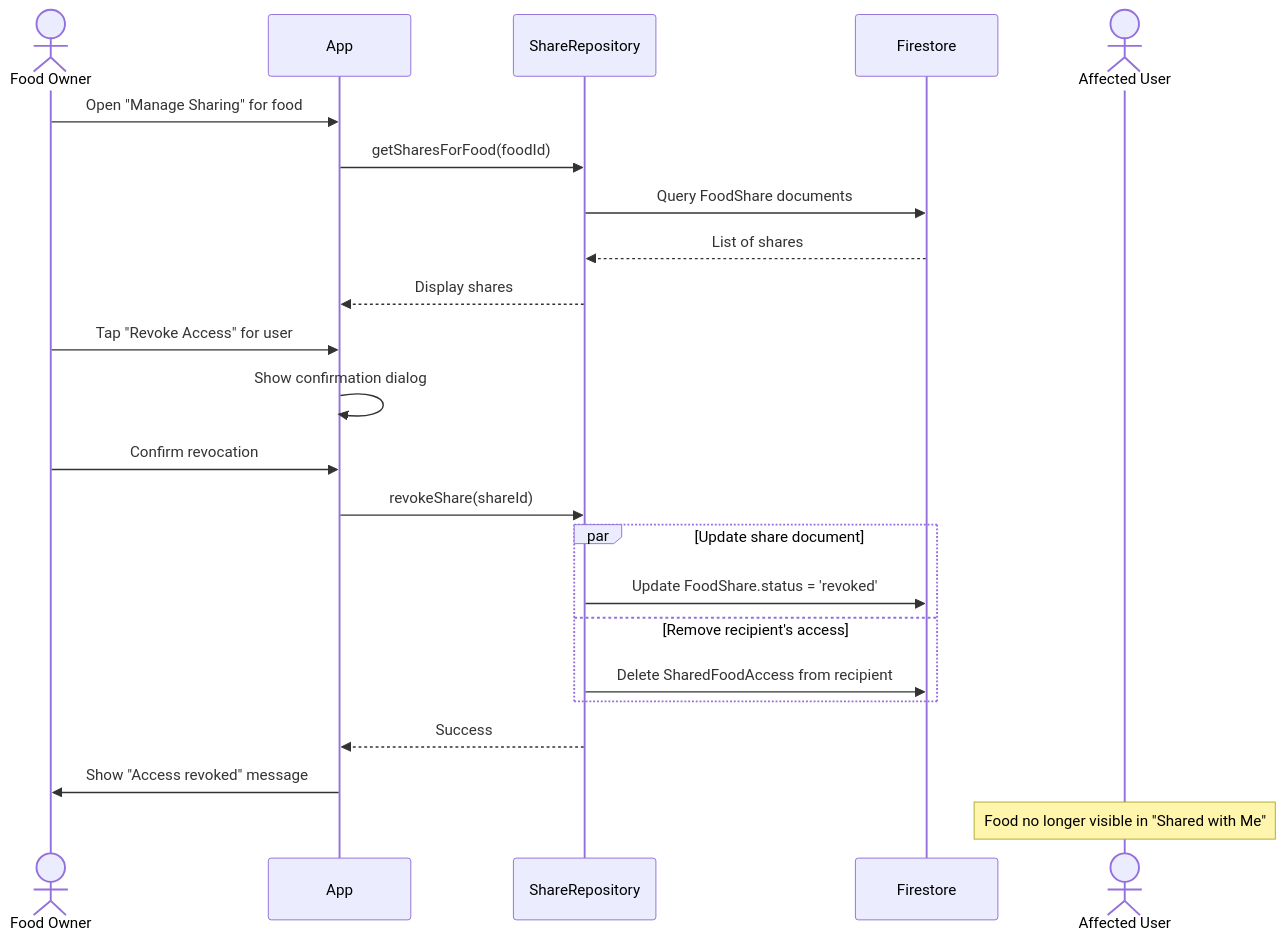
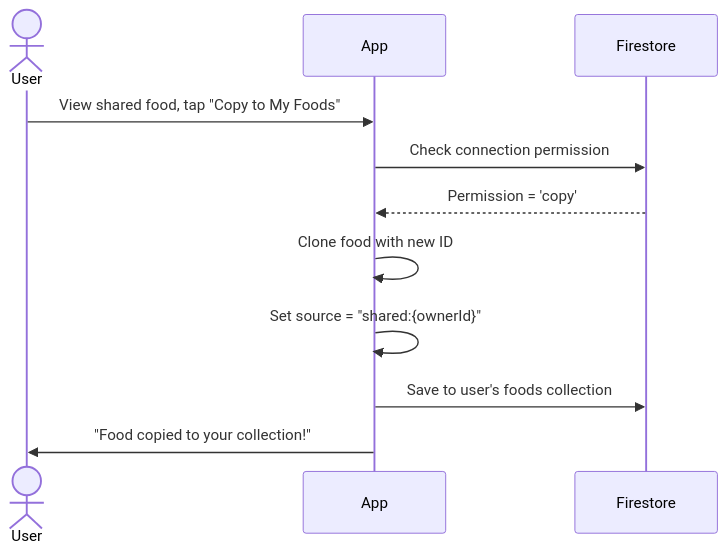
One commit to TimothyYao/meal-planning changed the fourth of 4 diagrams in doc/food-sharing-design.md. Above: the diagram before and after it, drawn with Mermaid. The commit also changed other lines of this file and 4 other files, not shown here.

First line of the commit message:
Simplify food sharing design to share entire food library

````diff
--- a/doc/food-sharing-design.md
+++ b/doc/food-sharing-design.md
@@ -478,31 +353,17 @@
 ```mermaid
 sequenceDiagram
-    actor Owner as Food Owner
+    actor User as User
     participant App as App
-    participant ShareRepo as ShareRepository
     participant FS as Firestore
-    actor Recipient as Affected User
+
+    User->>App: View shared food, tap "Copy to My Foods"
     
-    Owner->>App: Open "Manage Sharing" for food
-    App->>ShareRepo: getSharesForFood(foodId)
-    ShareRepo->>FS: Query FoodShare documents
-    FS-->>ShareRepo: List of shares
-    ShareRepo-->>App: Display shares
+    App->>FS: Check connection permission
+    FS-->>App: Permission = 'copy'
     
-    Owner->>App: Tap "Revoke Access" for user
-    App->>App: Show confirmation dialog
-    Owner->>App: Confirm revocation
+    App->>App: Clone food with new ID
+    App->>App: Set source = "shared:{ownerId}"
+    App->>FS: Save to user's foods collection
     
-    App->>ShareRepo: revokeShare(shareId)
-    
-    par Update share document
-        ShareRepo->>FS: Update FoodShare.status = 'revoked'
-    and Remove recipient's access
-        ShareRepo->>FS: Delete SharedFoodAccess from recipient
-    end
-    
-    ShareRepo-->>App: Success
-    App->>Owner: Show "Access revoked" message
-    
-    Note over Recipient: Food no longer visible in "Shared with Me"
+    App->>User: "Food copied to your collection!"
 ```
````
